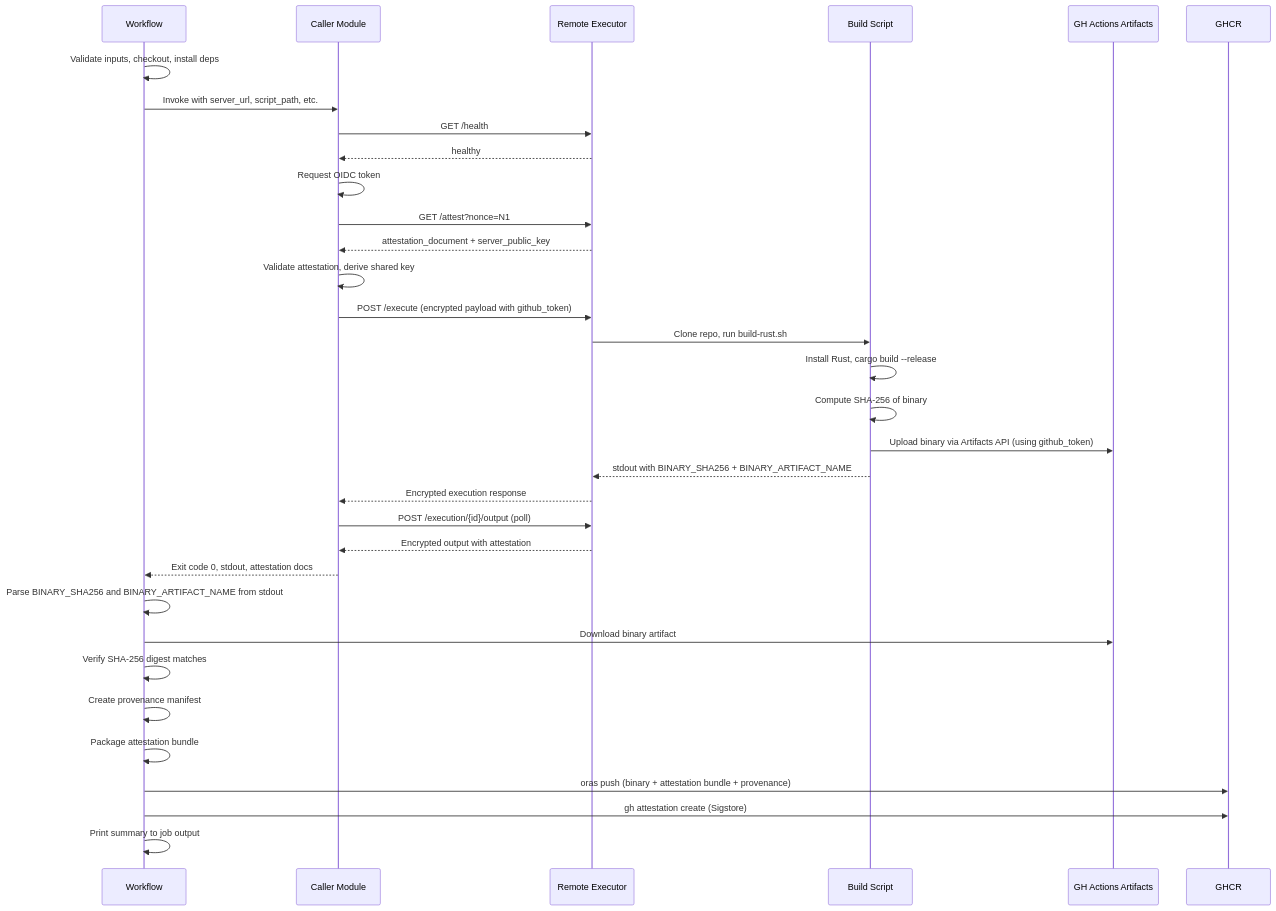
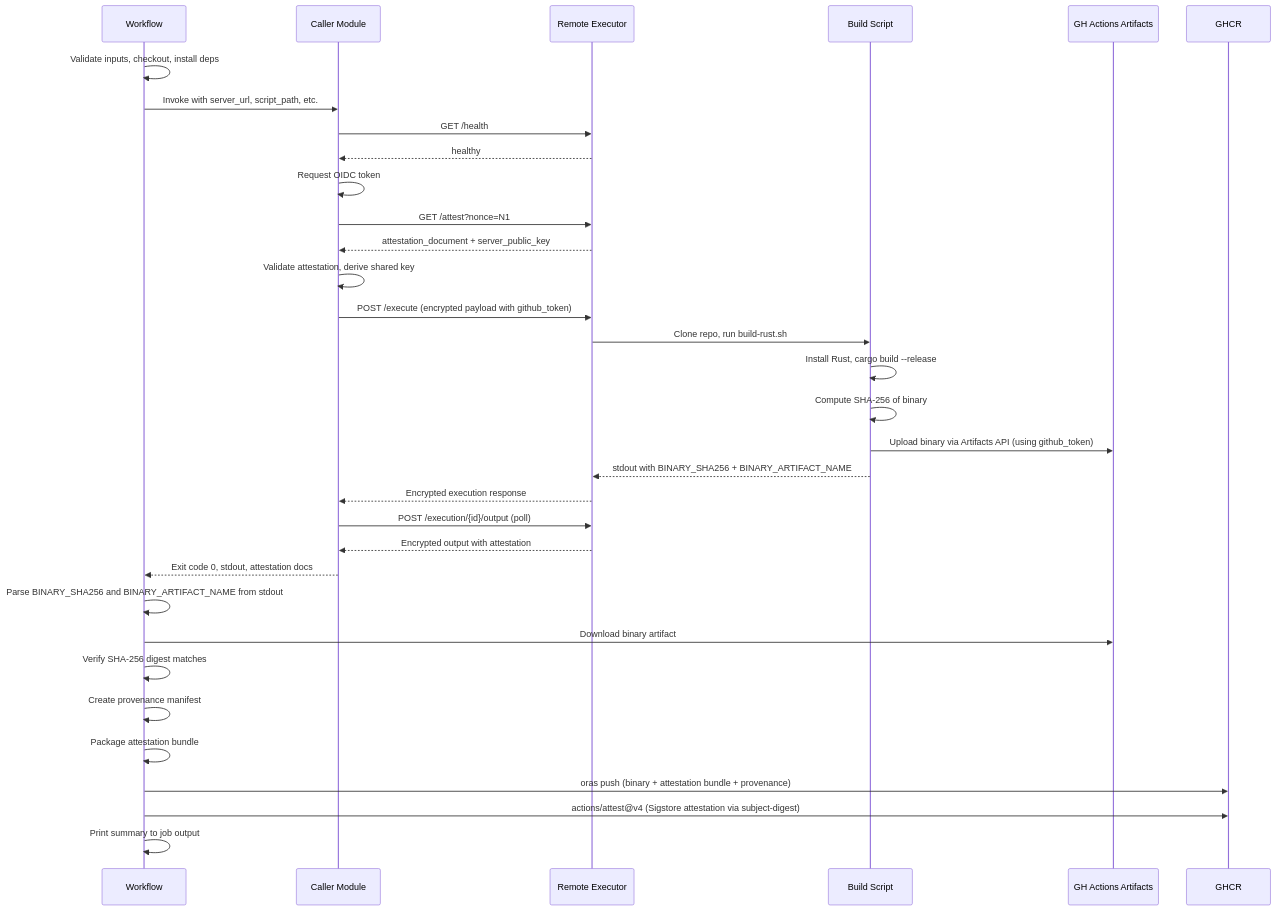
Before and after one commit to richardfan1126/github-runner-ec2-attestation-rust-build-demo: the second of 2 diagrams in .kiro/specs/rust-attestated-build/design.md, drawn with Mermaid. The commit also changed other lines of this file and 3 other files, not shown here.

````diff
--- a/.kiro/specs/rust-attestated-build/design.md
+++ b/.kiro/specs/rust-attestated-build/design.md
@@ -65,36 +65,36 @@
 ```mermaid
 sequenceDiagram
     participant WF as Workflow
     participant CALLER as Caller Module
     participant RE as Remote Executor
     participant BS as Build Script
     participant ART as GH Actions Artifacts
     participant GHCR as GHCR
 
     WF->>WF: Validate inputs, checkout, install deps
     WF->>CALLER: Invoke with server_url, script_path, etc.
     CALLER->>RE: GET /health
     RE-->>CALLER: healthy
     CALLER->>CALLER: Request OIDC token
     CALLER->>RE: GET /attest?nonce=N1
     RE-->>CALLER: attestation_document + server_public_key
     CALLER->>CALLER: Validate attestation, derive shared key
     CALLER->>RE: POST /execute (encrypted payload with github_token)
     RE->>BS: Clone repo, run build-rust.sh
     BS->>BS: Install Rust, cargo build --release
     BS->>BS: Compute SHA-256 of binary
     BS->>ART: Upload binary via Artifacts API (using github_token)
     BS-->>RE: stdout with BINARY_SHA256 + BINARY_ARTIFACT_NAME
     RE-->>CALLER: Encrypted execution response
     CALLER->>RE: POST /execution/{id}/output (poll)
     RE-->>CALLER: Encrypted output with attestation
     CALLER-->>WF: Exit code 0, stdout, attestation docs
     WF->>WF: Parse BINARY_SHA256 and BINARY_ARTIFACT_NAME from stdout
     WF->>ART: Download binary artifact
     WF->>WF: Verify SHA-256 digest matches
     WF->>WF: Create provenance manifest
     WF->>WF: Package attestation bundle
     WF->>GHCR: oras push (binary + attestation bundle + provenance)
-    WF->>GHCR: gh attestation create (Sigstore)
+    WF->>GHCR: actions/attest@v4 (Sigstore attestation via subject-digest)
     WF->>WF: Print summary to job output
 ```
````
